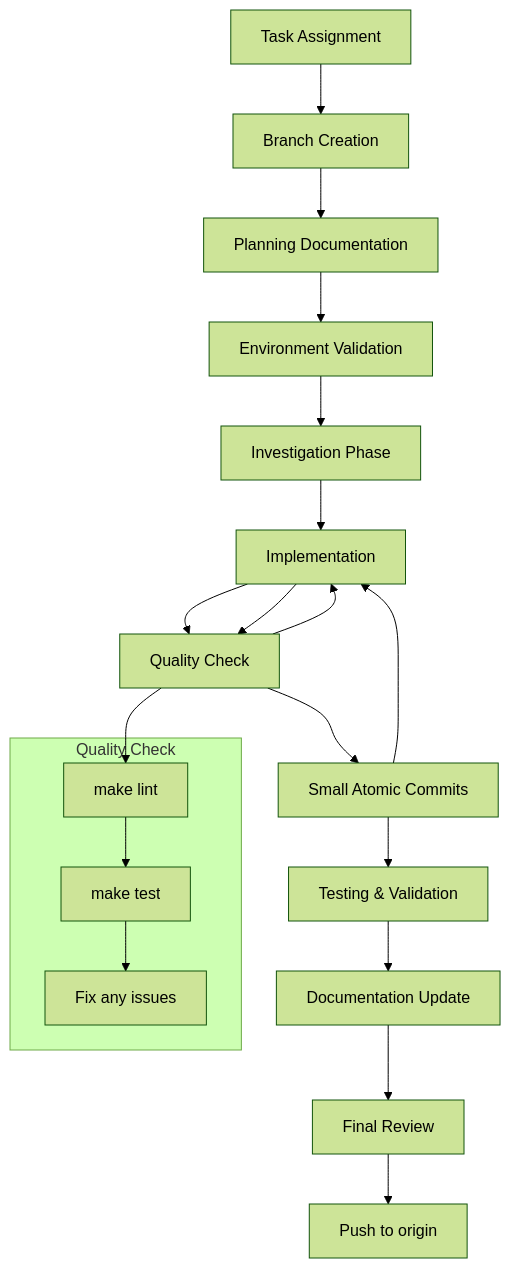
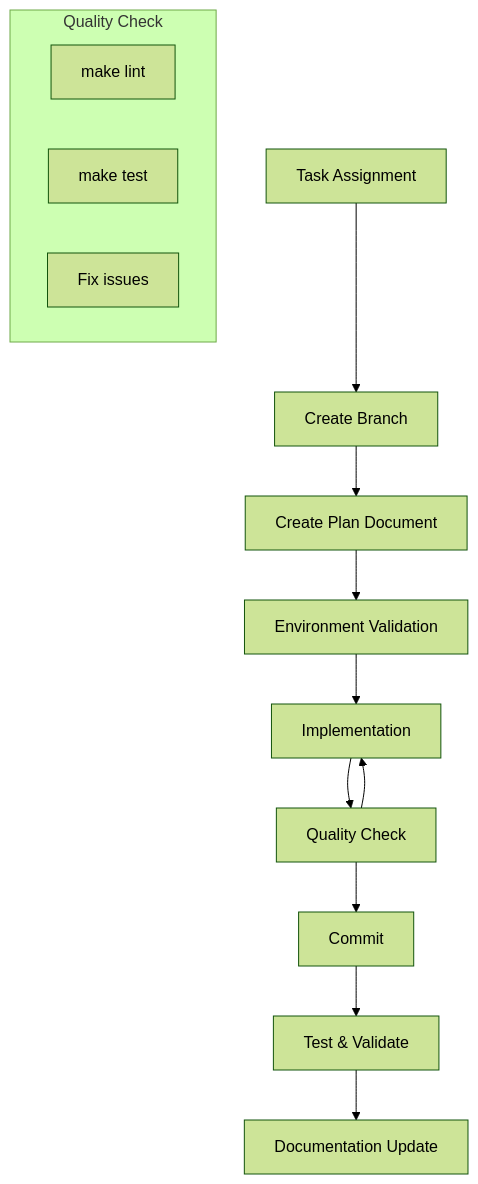
The diagram in docs/ai/CONVENTIONS.md (aguirresabino/docker-swarm-ansible), drawn with Mermaid (forest theme) before and after one commit. The commit also changed other lines of this file, not shown here.

````diff
--- a/docs/ai/CONVENTIONS.md
+++ b/docs/ai/CONVENTIONS.md
@@ -85,26 +71,19 @@
 ```mermaid
 graph TD
-    A[Task Assignment] --> B[Branch Creation]
-    B --> C[Planning Documentation]
+    A[Task Assignment] --> B[Create Branch]
+    B --> C[Create Plan Document]
     C --> D[Environment Validation]
-    D --> E[Investigation Phase]
-    E --> F[Implementation]
-    F --> G[Quality Check]
-    G --> H[Small Atomic Commits]
-    H --> I[Testing & Validation]
-    I --> J[Documentation Update]
-    J --> K[Final Review]
-    K --> L[Push to origin]
-
-    F --> G
-    G --> F
-    H --> F
-
+    D --> E[Implementation]
+    E --> F[Quality Check]
+    F --> G[Commit]
+    G --> H[Test & Validate]
+    H --> I[Documentation Update]
+    
+    F --> E
+    
     subgraph "Quality Check"
-        G1[make lint]
-        G2[make test]
-        G3[Fix any issues]
-        G1 --> G2 --> G3
+        F1[make lint]
+        F2[make test]
+        F3[Fix issues]
     end
-    G --> G1
 ```
````
